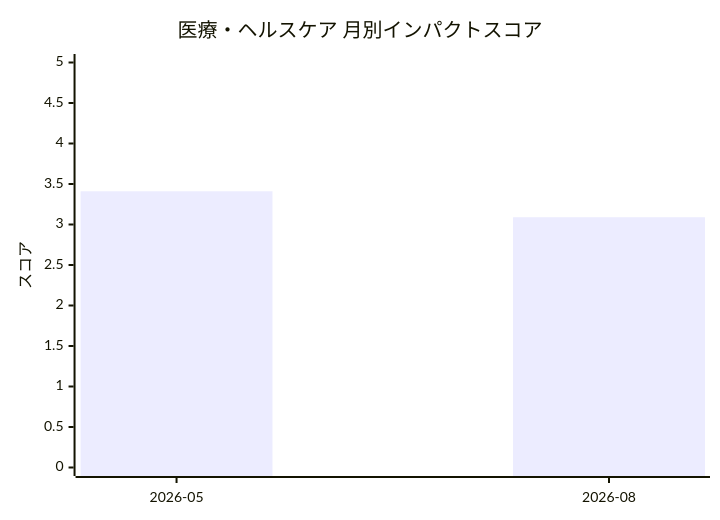
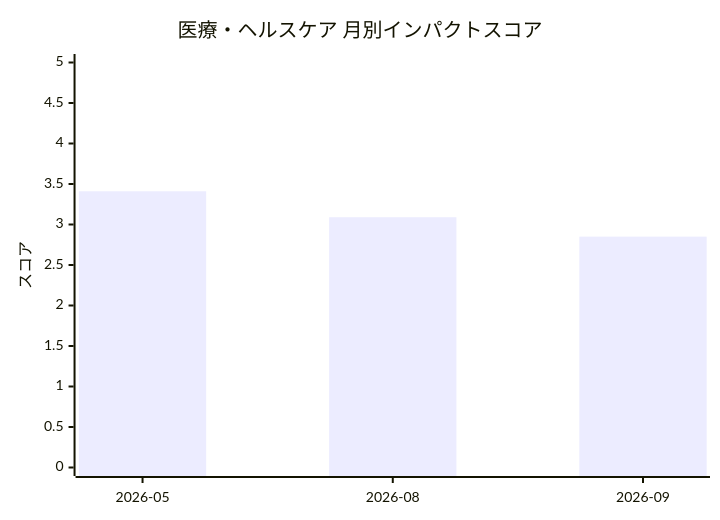
Before and after one commit to devaise-support/ai-research: the diagram in knowledge/industry-impact/healthcare.md, drawn with Mermaid. The commit also changed other lines of this file and 14 other files, not shown here.

````diff
--- a/knowledge/industry-impact/healthcare.md
+++ b/knowledge/industry-impact/healthcare.md
@@ -7,7 +7,7 @@
 ```mermaid
 xychart-beta
   title "医療・ヘルスケア 月別インパクトスコア"
-  x-axis [2026-05, 2026-08]
+  x-axis [2026-05, 2026-08, 2026-09]
   y-axis "スコア" 0 --> 5
-  bar [3.41, 3.09]
+  bar [3.41, 3.09, 2.85]
 ```
````
